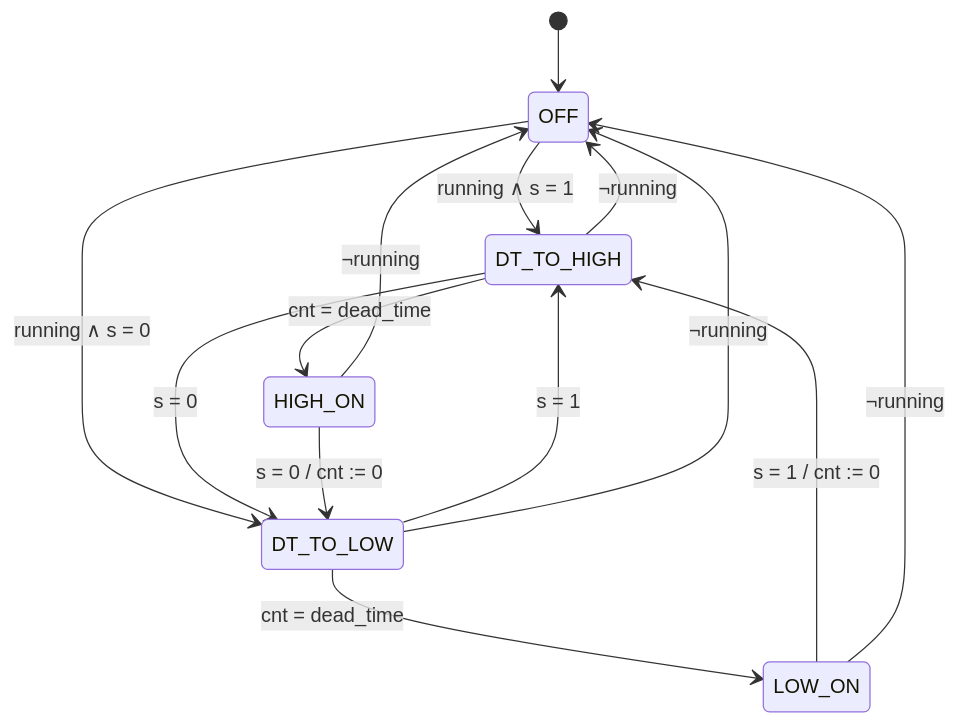
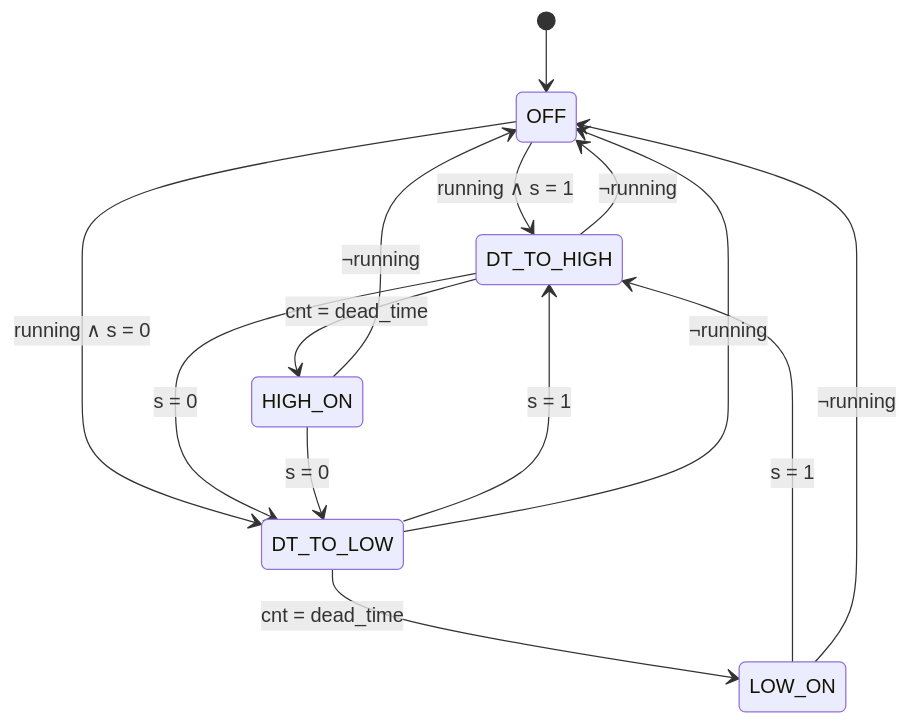
One commit to IE-TDD-EL3313/Proyecto_4 changed the third of 3 diagrams in docs/diseno/planteamiento.md. Above: the diagram before and after it, drawn with Mermaid. The commit also changed other lines of this file, not shown here.

````diff
--- a/docs/diseno/planteamiento.md
+++ b/docs/diseno/planteamiento.md
@@ -514,16 +386,16 @@
 ```mermaid
 stateDiagram-v2
     [*] --> OFF
     OFF --> DT_TO_HIGH: running ∧ s = 1
     OFF --> DT_TO_LOW: running ∧ s = 0
     DT_TO_HIGH --> HIGH_ON: cnt = dead_time
     DT_TO_HIGH --> DT_TO_LOW: s = 0
-    HIGH_ON --> DT_TO_LOW: s = 0 / cnt := 0
+    HIGH_ON --> DT_TO_LOW: s = 0
     DT_TO_LOW --> LOW_ON: cnt = dead_time
     DT_TO_LOW --> DT_TO_HIGH: s = 1
-    LOW_ON --> DT_TO_HIGH: s = 1 / cnt := 0
+    LOW_ON --> DT_TO_HIGH: s = 1
     HIGH_ON --> OFF: ¬running
     LOW_ON --> OFF: ¬running
     DT_TO_HIGH --> OFF: ¬running
     DT_TO_LOW --> OFF: ¬running
 ```
````
